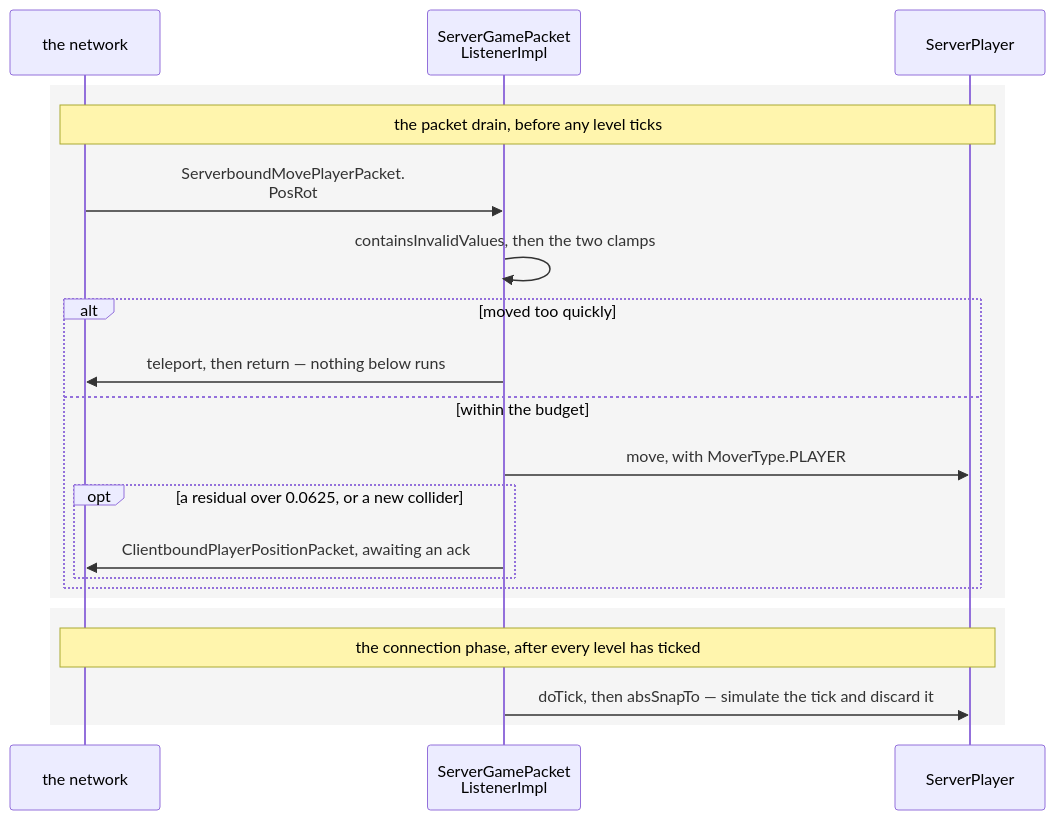
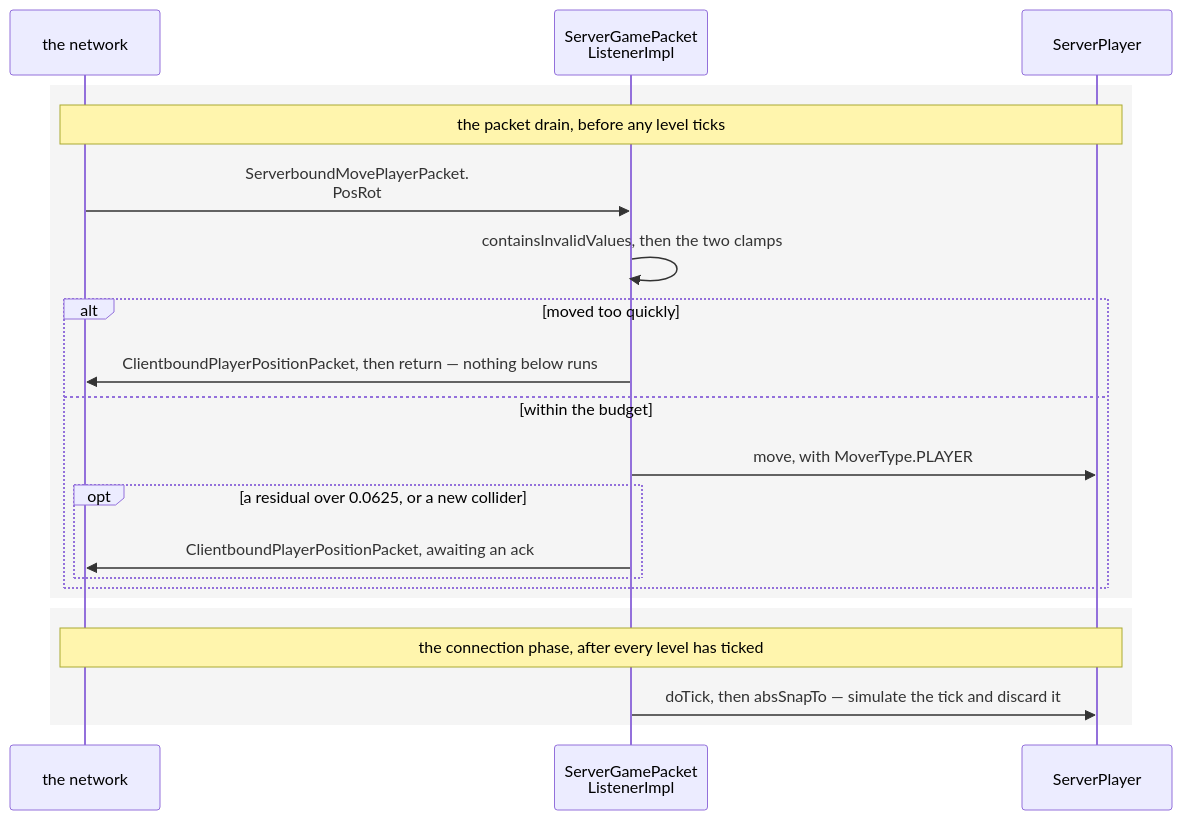
Before and after one commit to AlexanderjFraser/MinecraftDocs: the second of 2 diagrams in src/systems/player/input-to-movement.md, drawn with Mermaid. The commit also changed other lines of this file and 16 other files, not shown here.

````diff
--- a/src/systems/player/input-to-movement.md
+++ b/src/systems/player/input-to-movement.md
@@ -269,24 +274,24 @@
 ```mermaid
 sequenceDiagram
     participant Wire as the network
     participant SGPL as ServerGamePacket<br/>ListenerImpl
     participant SP as ServerPlayer
 
     rect rgba(0, 0, 0, 0.04)
         Note over Wire,SP: the packet drain, before any level ticks
         Wire->>SGPL: ServerboundMovePlayerPacket.<br/>PosRot
         SGPL->>SGPL: containsInvalidValues, then the two clamps
         alt moved too quickly
-            SGPL->>Wire: teleport, then return — nothing below runs
+            SGPL->>Wire: ClientboundPlayerPositionPacket, then return — nothing below runs
         else within the budget
             SGPL->>SP: move, with MoverType.PLAYER
             opt a residual over 0.0625, or a new collider
                 SGPL->>Wire: ClientboundPlayerPositionPacket, awaiting an ack
             end
         end
     end
     rect rgba(0, 0, 0, 0.04)
         Note over Wire,SP: the connection phase, after every level has ticked
         SGPL->>SP: doTick, then absSnapTo — simulate the tick and discard it
     end
 ```
````
